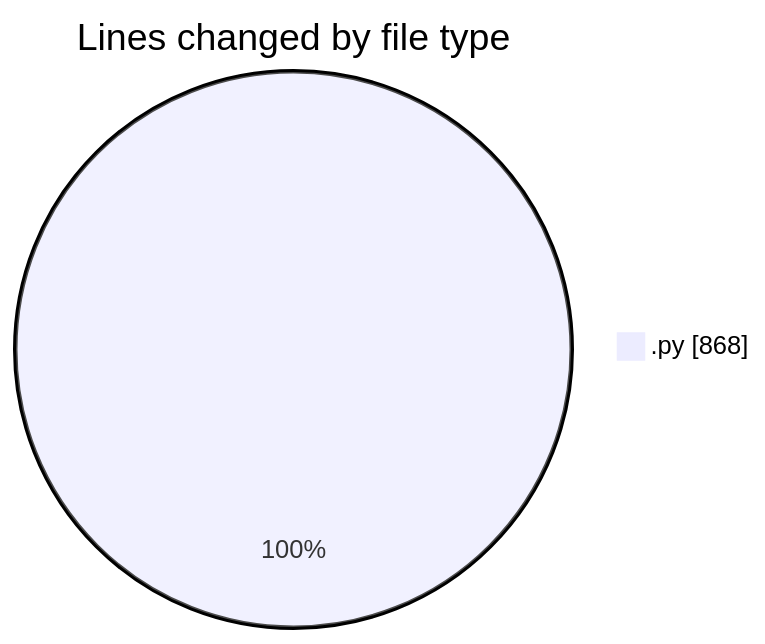
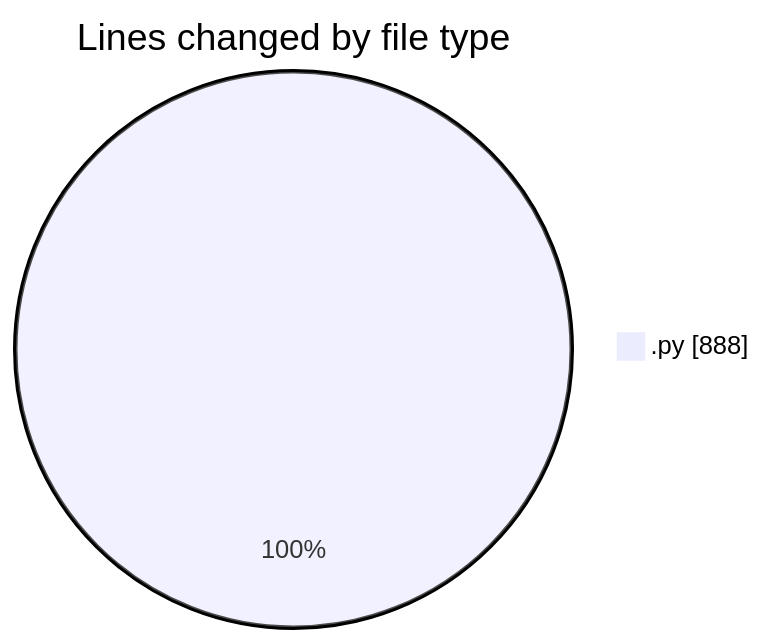
One commit to julien-gomy/code-tracking changed the first of 2 diagrams in 2025-11-20/eventscop-api-guide__workspace_/README.md. Above: the diagram before and after it, drawn with Mermaid. The commit also changed other lines of this file and 1 other file, not shown here.

````diff
--- a/2025-11-20/eventscop-api-guide__workspace_/README.md
+++ b/2025-11-20/eventscop-api-guide__workspace_/README.md
@@ -23,5 +23,5 @@
 ```mermaid
 pie showData
 title Lines changed by file type
-".py" : 868
+".py" : 888
 ```
````
